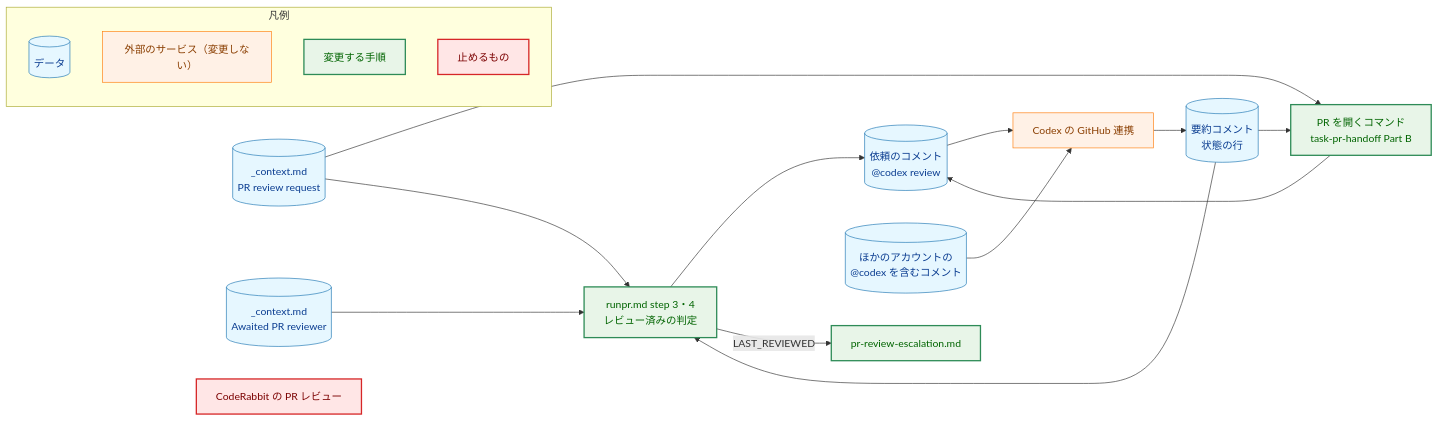
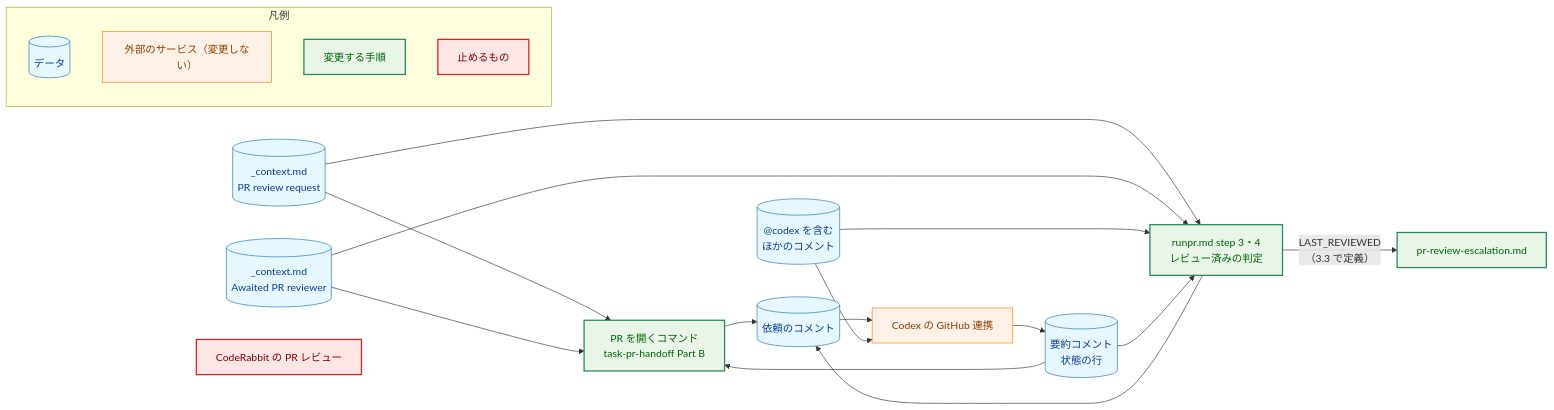
One commit to isseis/yt2column changed the first of 7 diagrams in docs/tasks/0031_codex_pr_review/02_architecture.md. Above: the diagram before and after it, drawn with Mermaid. The commit also changed other lines of this file and 1 other file, not shown here.

First line of the commit message:
docs(0031): address design review and widen the requested commit in AC-10

````diff
--- a/docs/tasks/0031_codex_pr_review/02_architecture.md
+++ b/docs/tasks/0031_codex_pr_review/02_architecture.md
@@ -76,46 +83,48 @@
 ```mermaid
 flowchart LR
     classDef data fill:#e6f7ff,stroke:#1f77b4,stroke-width:1px,color:#0b3d91;
     classDef process fill:#fff1e6,stroke:#ff7f0e,stroke-width:1px,color:#8a3e00;
     classDef enhanced fill:#e8f5e8,stroke:#2e8b57,stroke-width:2px,color:#006400;
     classDef problem fill:#ffe6e6,stroke:#d62728,stroke-width:2px,color:#7b0000;
 
     AWAIT[("_context.md<br>Awaited PR reviewer")]
     REQROW[("_context.md<br>PR review request")]
     OPEN["PR を開くコマンド<br>task-pr-handoff Part B"]
     RUNPR["runpr.md step 3・4<br>レビュー済みの判定"]
     ESC["pr-review-escalation.md"]
-    REQ[("依頼のコメント<br>@codex review")]
+    REQ[("依頼のコメント")]
     CODEX["Codex の GitHub 連携"]
     SUM[("要約コメント<br>状態の行")]
-    OTHER[("ほかのアカウントの<br>@codex を含むコメント")]
+    OTHER[("@codex を含む<br>ほかのコメント")]
     CR["CodeRabbit の PR レビュー"]
 
     REQROW --> OPEN
     REQROW --> RUNPR
+    AWAIT --> OPEN
     AWAIT --> RUNPR
     OPEN --> REQ
     RUNPR --> REQ
     REQ --> CODEX
     OTHER --> CODEX
+    OTHER --> RUNPR
     CODEX --> SUM
     SUM --> RUNPR
     SUM --> OPEN
-    RUNPR -->|"LAST_REVIEWED"| ESC
+    RUNPR -->|"LAST_REVIEWED<br>（3.3 で定義）"| ESC
 
     class AWAIT,REQROW,REQ,SUM,OTHER data
     class CODEX process
     class OPEN,RUNPR,ESC enhanced
     class CR problem
 
     subgraph Legend["凡例"]
         LG1[("データ")]
         LG2["外部のサービス（変更しない）"]
         LG3["変更する手順"]
         LG4["止めるもの"]
     end
     class LG1 data
     class LG2 process
     class LG3 enhanced
     class LG4 problem
 ```
````
